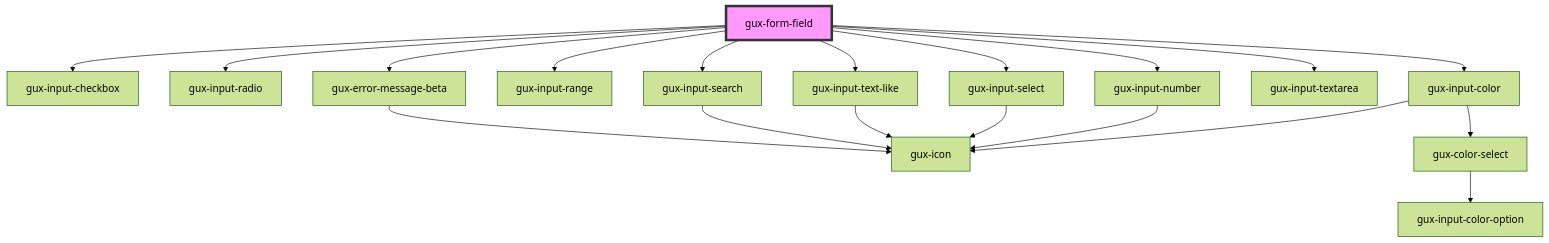
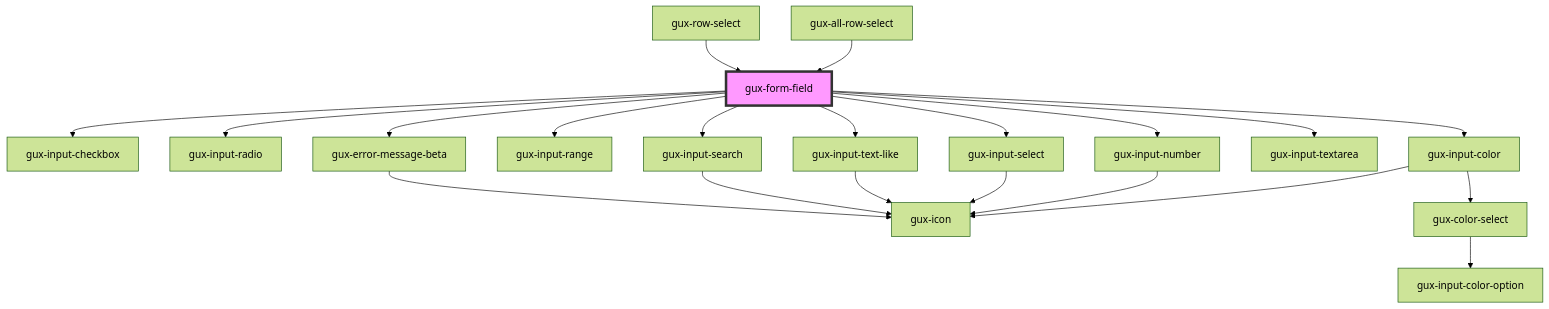
The diagram in src/components/stable/gux-form-field/readme.md (MyPureCloud/genesys-spark), drawn with Mermaid (forest theme) before and after one commit. The commit also changed other lines of this file and 10 other files, not shown here.

First line of the commit message:
feat(gux-row-select): stopped using legacy component

````diff
--- a/src/components/stable/gux-form-field/readme.md
+++ b/src/components/stable/gux-form-field/readme.md
@@ -42,22 +47,24 @@
 ```mermaid
 graph TD;
   gux-form-field --> gux-input-checkbox
   gux-form-field --> gux-input-radio
   gux-form-field --> gux-input-color
   gux-form-field --> gux-input-range
   gux-form-field --> gux-input-number
   gux-form-field --> gux-input-select
   gux-form-field --> gux-input-text-like
   gux-form-field --> gux-input-search
   gux-form-field --> gux-input-textarea
   gux-form-field --> gux-error-message-beta
   gux-input-color --> gux-icon
   gux-input-color --> gux-color-select
   gux-color-select --> gux-input-color-option
   gux-input-number --> gux-icon
   gux-input-select --> gux-icon
   gux-input-text-like --> gux-icon
   gux-input-search --> gux-icon
   gux-error-message-beta --> gux-icon
+  gux-all-row-select --> gux-form-field
+  gux-row-select --> gux-form-field
   style gux-form-field fill:#f9f,stroke:#333,stroke-width:4px
 ```
````
